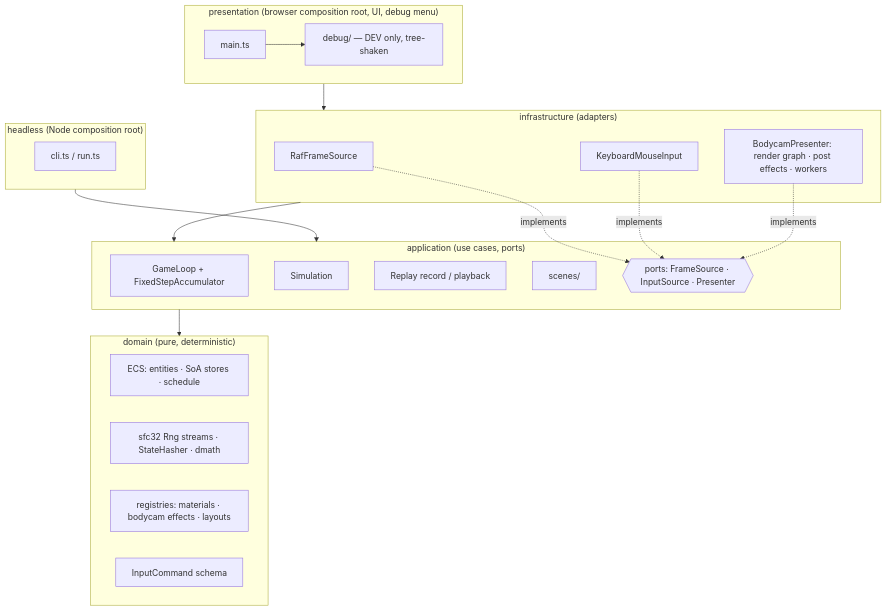
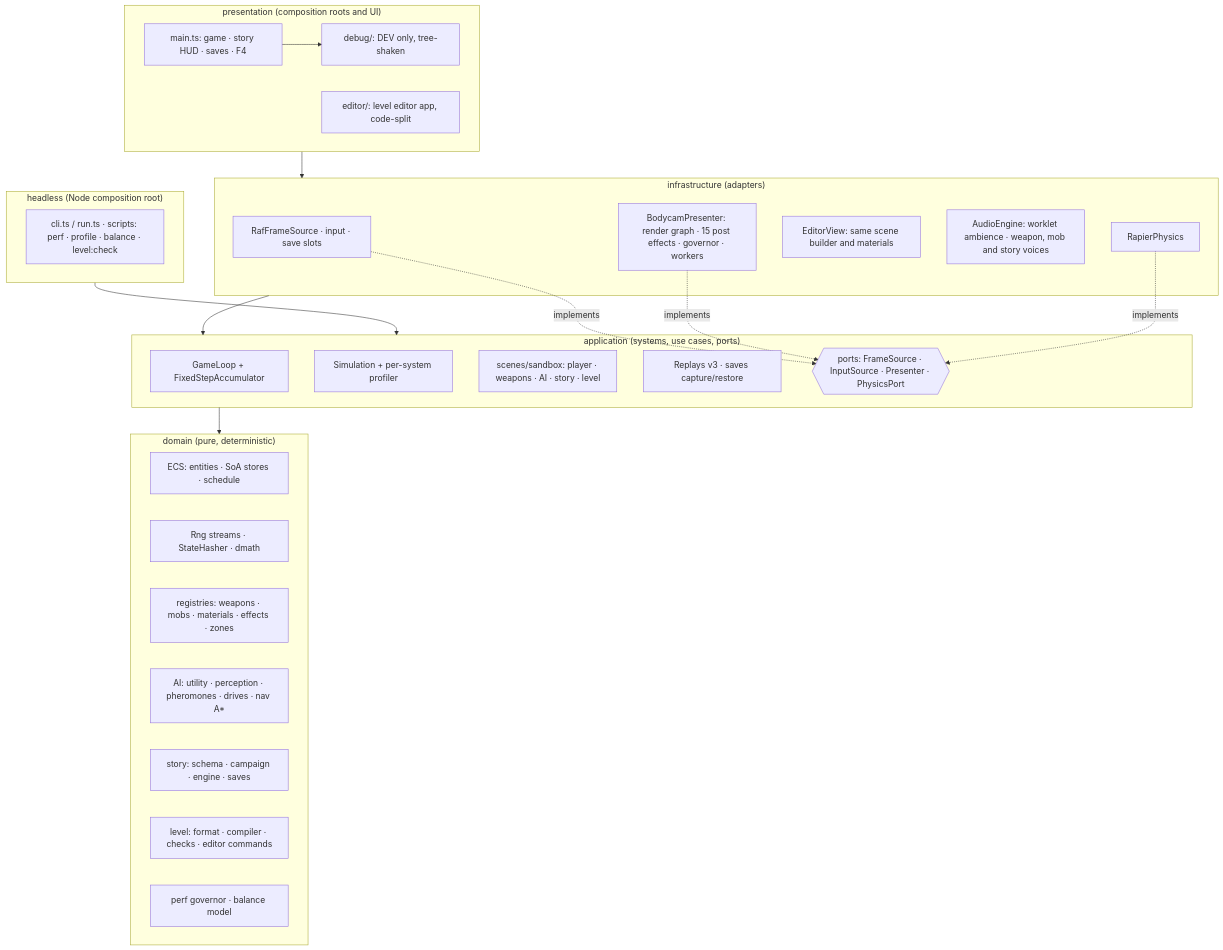
The first of 2 diagrams in docs/architecture.md (bandiwor/war), drawn with Mermaid before and after one commit. The commit also changed other lines of this file and 28 other files, not shown here.

````diff
--- a/docs/architecture.md
+++ b/docs/architecture.md
@@ -3,33 +3,39 @@
 ```mermaid
 flowchart TB
-  subgraph presentation["presentation (browser composition root, UI, debug menu)"]
-    main[main.ts]
-    main --> debug[debug/ — DEV only, tree-shaken]
+  subgraph presentation["presentation (composition roots and UI)"]
+    main[main.ts: game · story HUD · saves · F4]
+    editorUi[editor/: level editor app, code-split]
+    main --> debug[debug/: DEV only, tree-shaken]
   end
   subgraph headless["headless (Node composition root)"]
-    cli[cli.ts / run.ts]
+    cli[cli.ts / run.ts · scripts: perf · profile · balance · level:check]
   end
   subgraph infrastructure["infrastructure (adapters)"]
-    raf[RafFrameSource]
-    kbd[KeyboardMouseInput]
-    rend[BodycamPresenter: render graph · post effects · workers]
+    raf[RafFrameSource · input · save slots]
+    rend[BodycamPresenter: render graph · 15 post effects · governor · workers]
+    edView[EditorView: same scene builder and materials]
+    audio[AudioEngine: worklet ambience · weapon, mob and story voices]
+    phys[RapierPhysics]
   end
-  subgraph application["application (use cases, ports)"]
+  subgraph application["application (systems, use cases, ports)"]
     loop[GameLoop + FixedStepAccumulator]
-    sim[Simulation]
-    replay[Replay record / playback]
-    scenes[scenes/]
-    ports{{ports: FrameSource · InputSource · Presenter}}
+    sim[Simulation + per-system profiler]
+    scenes[scenes/sandbox: player · weapons · AI · story · level]
+    replay[Replays v3 · saves capture/restore]
+    ports{{ports: FrameSource · InputSource · Presenter · PhysicsPort}}
   end
   subgraph domain["domain (pure, deterministic)"]
     ecs[ECS: entities · SoA stores · schedule]
-    math[sfc32 Rng streams · StateHasher · dmath]
-    data[registries: materials · bodycam effects · layouts]
-    input[InputCommand schema]
+    math[Rng streams · StateHasher · dmath]
+    regs[registries: weapons · mobs · materials · effects · zones]
+    ai[AI: utility · perception · pheromones · drives · nav A*]
+    story[story: schema · campaign · engine · saves]
+    level[level: format · compiler · checks · editor commands]
+    perf[perf governor · balance model]
   end
   presentation --> infrastructure --> application --> domain
   headless --> application
   raf -. implements .-> ports
-  kbd -. implements .-> ports
   rend -. implements .-> ports
+  phys -. implements .-> ports
 ```
````
